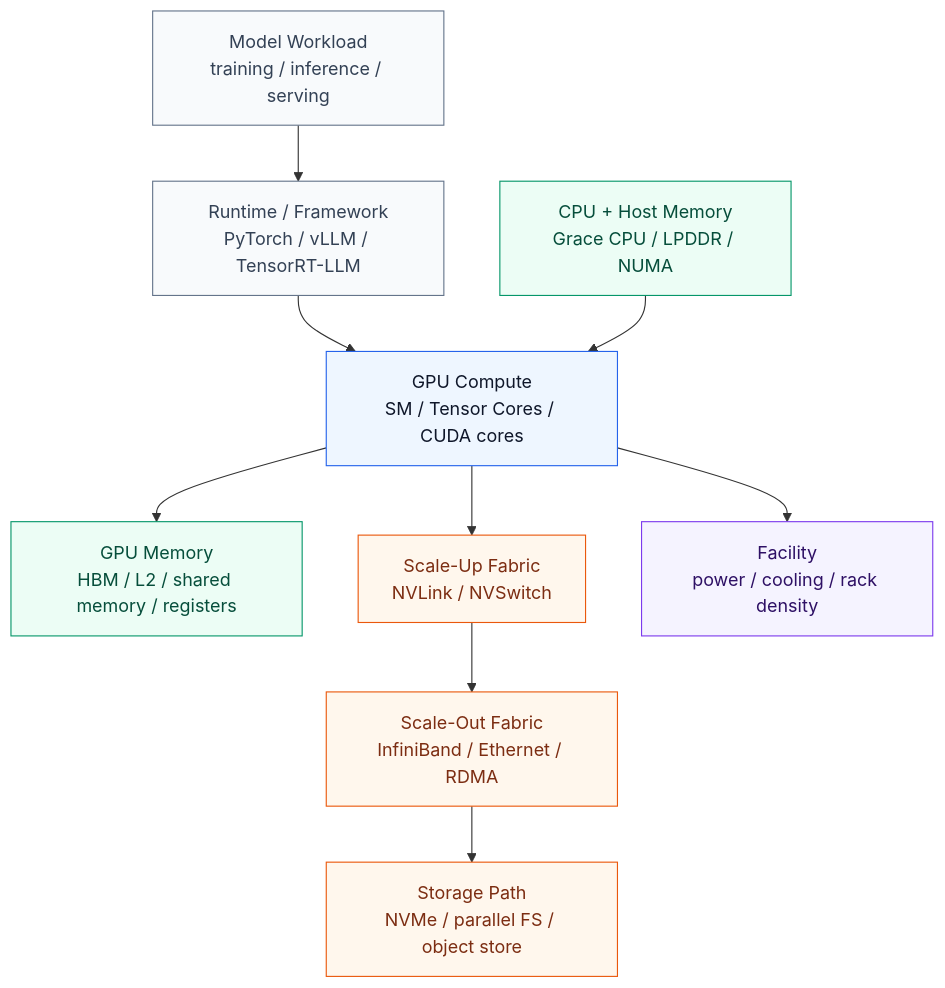
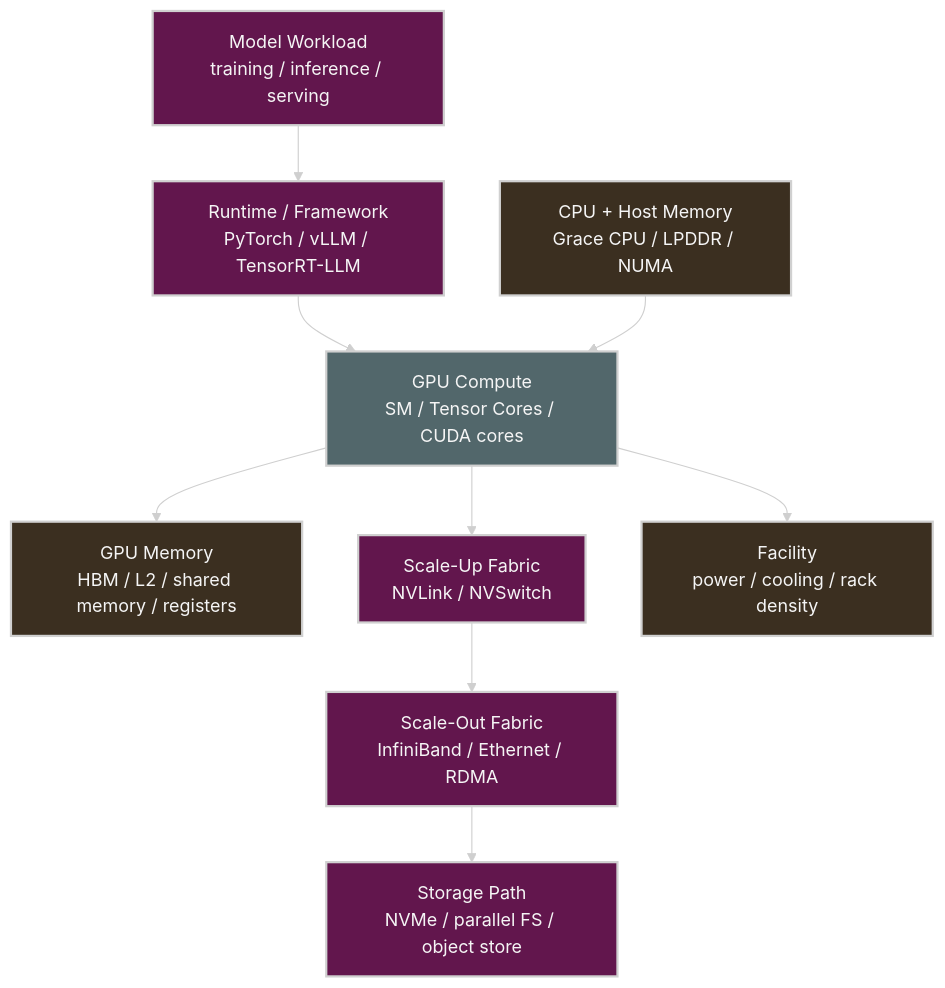
Before and after one commit to ziwon/ai-data-center-network: the second of 15 diagrams in ai-system-performance-engineering/chap02/README.md, drawn with Mermaid. The commit also changed other lines of this file and 35 other files, not shown here.

Commit message:
docs(mermaid): apply dark diagram style

````diff
--- a/ai-system-performance-engineering/chap02/README.md
+++ b/ai-system-performance-engineering/chap02/README.md
@@ -136,27 +137,28 @@
 ```mermaid
+%%{init: {"theme": "base", "themeVariables": {"background": "#171717", "primaryColor": "#232323", "primaryTextColor": "#f5f5f5", "primaryBorderColor": "#d0d0d0", "lineColor": "#cfcfcf", "fontFamily": "Inter, Arial, sans-serif"}}}%%
 flowchart TB
-    classDef app fill:#f8fafc,stroke:#64748b,color:#334155
-    classDef gpu fill:#eef6ff,stroke:#2563eb,color:#0f172a
-    classDef mem fill:#ecfdf5,stroke:#059669,color:#064e3b
-    classDef net fill:#fff7ed,stroke:#ea580c,color:#7c2d12
-    classDef phy fill:#f5f3ff,stroke:#7c3aed,color:#2e1065
+    classDef app fill:#62164d,stroke:#d0d0d0,color:#f5f5f5,stroke-width:2px;
+    classDef gpu fill:#52676b,stroke:#d0d0d0,color:#f5f5f5,stroke-width:2px;
+    classDef mem fill:#3b2f20,stroke:#d0d0d0,color:#f5f5f5,stroke-width:2px;
+    classDef net fill:#62164d,stroke:#d0d0d0,color:#f5f5f5,stroke-width:2px;
+    classDef phy fill:#3b2f20,stroke:#d0d0d0,color:#f5f5f5,stroke-width:2px;
 
     A[Model Workload<br/>training / inference / serving]:::app
     B[Runtime / Framework<br/>PyTorch / vLLM / TensorRT-LLM]:::app
     C[GPU Compute<br/>SM / Tensor Cores / CUDA cores]:::gpu
     D[GPU Memory<br/>HBM / L2 / shared memory / registers]:::mem
     E[CPU + Host Memory<br/>Grace CPU / LPDDR / NUMA]:::mem
     F[Scale-Up Fabric<br/>NVLink / NVSwitch]:::net
     G[Scale-Out Fabric<br/>InfiniBand / Ethernet / RDMA]:::net
     H[Storage Path<br/>NVMe / parallel FS / object store]:::net
     I[Facility<br/>power / cooling / rack density]:::phy
 
     A --> B
     B --> C
     C --> D
     C --> F
     E --> C
     F --> G
     G --> H
     C --> I
 ```
````
